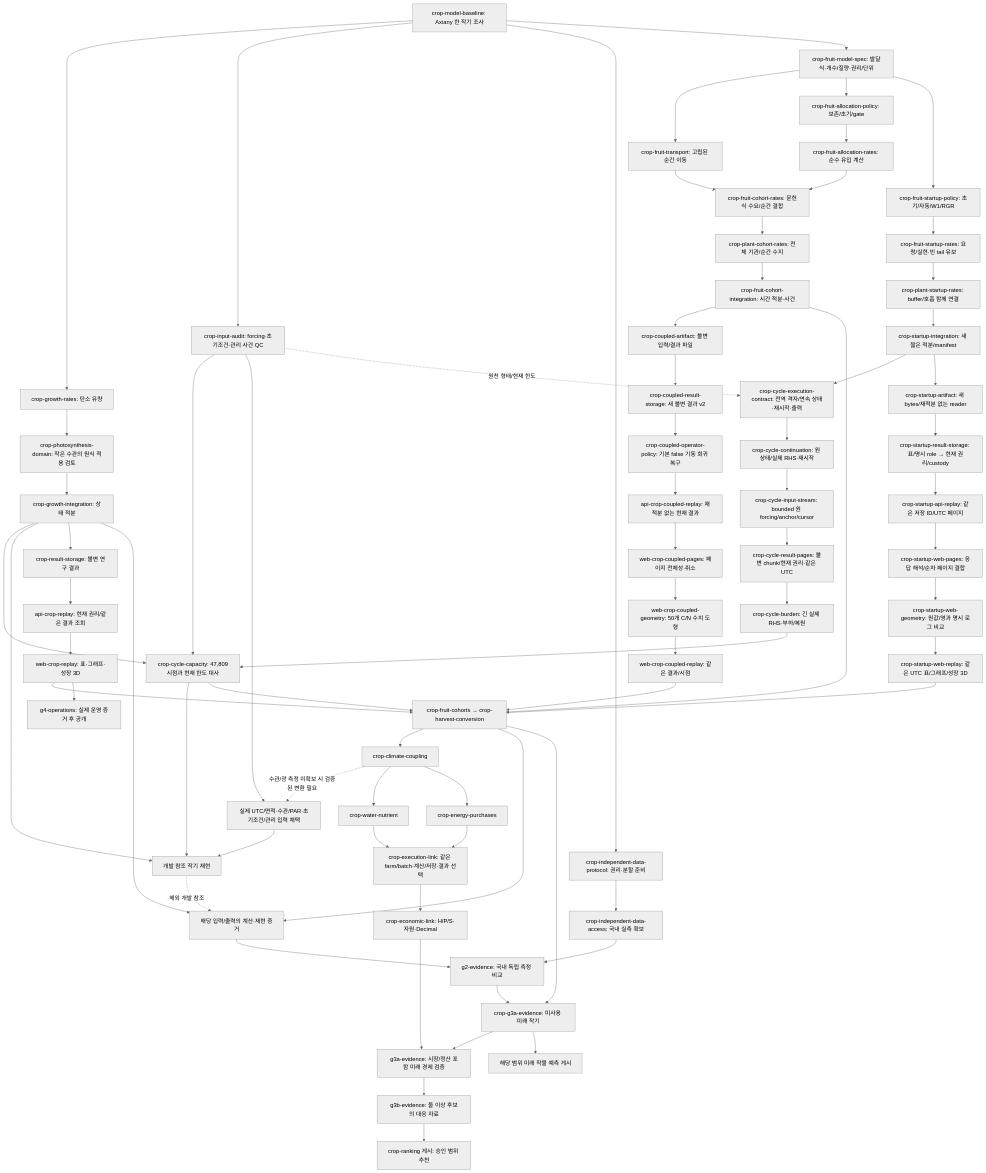
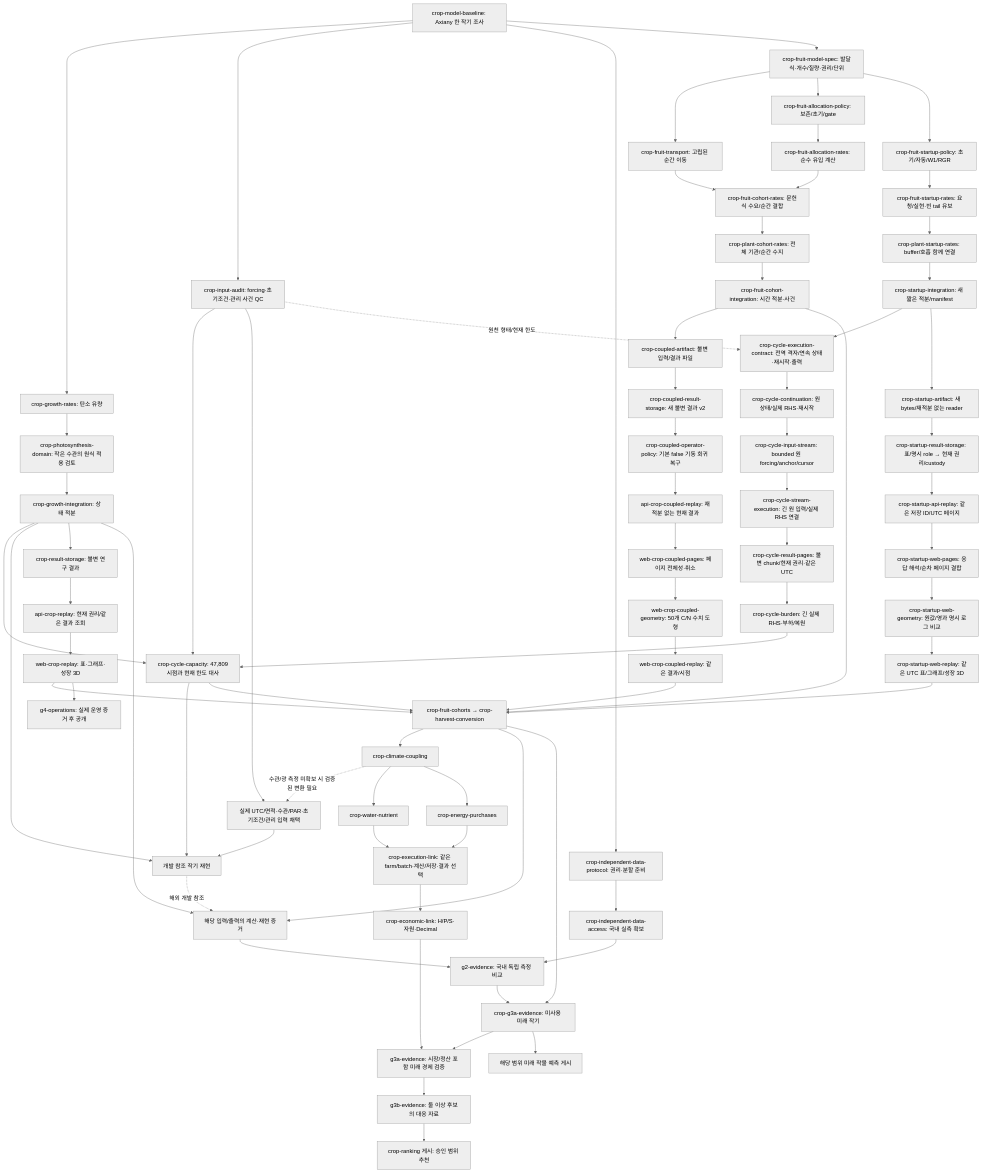
Before and after one commit to KIMSUNGHOON/OpenSmartFarmSim: the first of 2 diagrams in tasks/plan.md, drawn with Mermaid (neutral theme). The commit also changed other lines of this file and 9 other files, not shown here.

Commit message:
docs: accept actual crop continuation and separate streamed execution

````diff
--- a/tasks/plan.md
+++ b/tasks/plan.md
@@ -107,75 +112,76 @@
 ```mermaid
 flowchart TD
   B["crop-model-baseline: Axiany 한 작기 조사"] --> R["crop-growth-rates: 탄소 유량"]
   B --> Q["crop-input-audit: forcing·초기조건·관리 사건 QC"]
   B --> AP["crop-independent-data-protocol: 권리·분할 준비"]
   AP --> A["crop-independent-data-access: 국내 실측 확보"]
   R --> D["crop-photosynthesis-domain: 작은 수관의 원식 적용 검토"]
   D --> I["crop-growth-integration: 상태 적분"]
   Q --> CAP["crop-cycle-capacity: 47,809시점과 현재 한도 대사"]
   I --> CAP
   CAP --> X["개발 참조 작기 재현"]
   Q --> AQ["실제 UTC/면적·수관/PAR·초기조건/관리 입력 채택"]
   AQ --> X
   I --> X
   I --> S["crop-result-storage: 불변 연구 결과"]
   S --> API["api-crop-replay: 현재 권리/같은 결과 조회"]
   API --> V["web-crop-replay: 표·그래프·성장 3D"]
   B --> FM["crop-fruit-model-spec: 발달식·개수/질량·권리/단위"]
   FM --> FT["crop-fruit-transport: 고립된 순간 이동"]
   FM --> FP["crop-fruit-allocation-policy: 보존/초기/gate"]
   FT --> CR["crop-fruit-cohort-rates: 문헌식 수요/순간 결합"]
   FP --> FA["crop-fruit-allocation-rates: 순수 유입 계산"]
   FA --> CR
   CR --> PC["crop-plant-cohort-rates: 전체 기관/순간 수지"]
   PC --> CI["crop-fruit-cohort-integration: 시간 적분·사건"]
   CI --> AF["crop-coupled-artifact: 불변 입력/결과 파일"]
   AF --> CS["crop-coupled-result-storage: 새 불변 결과 v2"]
   CS --> CP["crop-coupled-operator-policy: 기본 false 기동 회귀 복구"]
   CP --> CA["api-crop-coupled-replay: 재적분 없는 현재 결과"]
   CA --> WP["web-crop-coupled-pages: 페이지 전체성·취소"]
   WP --> WG["web-crop-coupled-geometry: 50개 C/N 수치 도형"]
   WG --> CV["web-crop-coupled-replay: 같은 결과/시점"]
   FM --> ST["crop-fruit-startup-policy: 초기/자동/W1/RGR"]
   ST --> SA["crop-fruit-startup-rates: 요청/실현·빈 tail 유보"]
   SA --> SC["crop-plant-startup-rates: buffer/호흡 함께 연결"]
   SC --> SI["crop-startup-integration: 새 짧은 적분/manifest"]
   SI --> CC["crop-cycle-execution-contract: 전역 격자/연속 상태·재시작·출력"]
   Q -. 원천 형태/현재 한도 .-> CC
   CC --> CONT["crop-cycle-continuation: 원 상태/실제 RHS·재시작"]
   CONT --> STREAM["crop-cycle-input-stream: bounded 원 forcing/anchor/cursor"]
-  STREAM --> PAGES["crop-cycle-result-pages: 불변 chunk/현재 권리·같은 UTC"]
+  STREAM --> EX["crop-cycle-stream-execution: 긴 원 입력/실제 RHS 연결"]
+  EX --> PAGES["crop-cycle-result-pages: 불변 chunk/현재 권리·같은 UTC"]
   PAGES --> BURDEN["crop-cycle-burden: 긴 실제 RHS·부하/복원"]
   BURDEN --> CAP
   SI --> SF["crop-startup-artifact: 새 bytes/재적분 없는 reader"]
   SF --> SS["crop-startup-result-storage: 표/명시 role → 현재 권리/custody"]
   SS --> SP["crop-startup-api-replay: 같은 저장 ID/UTC 페이지"]
   SP --> SD["crop-startup-web-pages: 응답 해석/순차 페이지 결합"]
   SD --> SG["crop-startup-web-geometry: 원값/영과 명시 로그 비교"]
   SG --> SL["crop-startup-web-replay: 같은 UTC 표/그래프/성장 3D"]
   CI --> F["crop-fruit-cohorts → crop-harvest-conversion"]
   SL --> F
   CAP --> F
   V --> F
   CV --> F
   F --> C["crop-climate-coupling"]
   C -. 수관/광 측정 미확보 시 검증된 변환 필요 .-> AQ
   C --> W["crop-water-nutrient"]
   C --> E["crop-energy-purchases"]
   W --> L["crop-execution-link: 같은 farm/batch·계산/저장·결과 선택"]
   E --> L
   L --> M["crop-economic-link: H/P/S·자원·Decimal"]
   A --> G2["g2-evidence: 국내 독립 측정 비교"]
   I --> CALC["해당 입력/출력의 계산·재현 증거"]
   F --> CALC
   X -. 해외 개발 참조 .-> CALC
   CALC --> G2
   G2 --> G3A["crop-g3a-evidence: 미사용 미래 작기"]
   F --> G3A
   M --> EC["g3a-evidence: 시장/정산 포함 미래 경제 검증"]
   G3A --> EC
   G3A --> P["해당 범위 미래 작물 예측 게시"]
   EC --> PAIR["g3b-evidence: 둘 이상 후보의 대응 자료"]
   PAIR --> REC["crop-ranking 게시: 승인 범위 추천"]
   V --> PUB["g4-operations: 실제 운영 증거 후 공개"]
 ```
````
